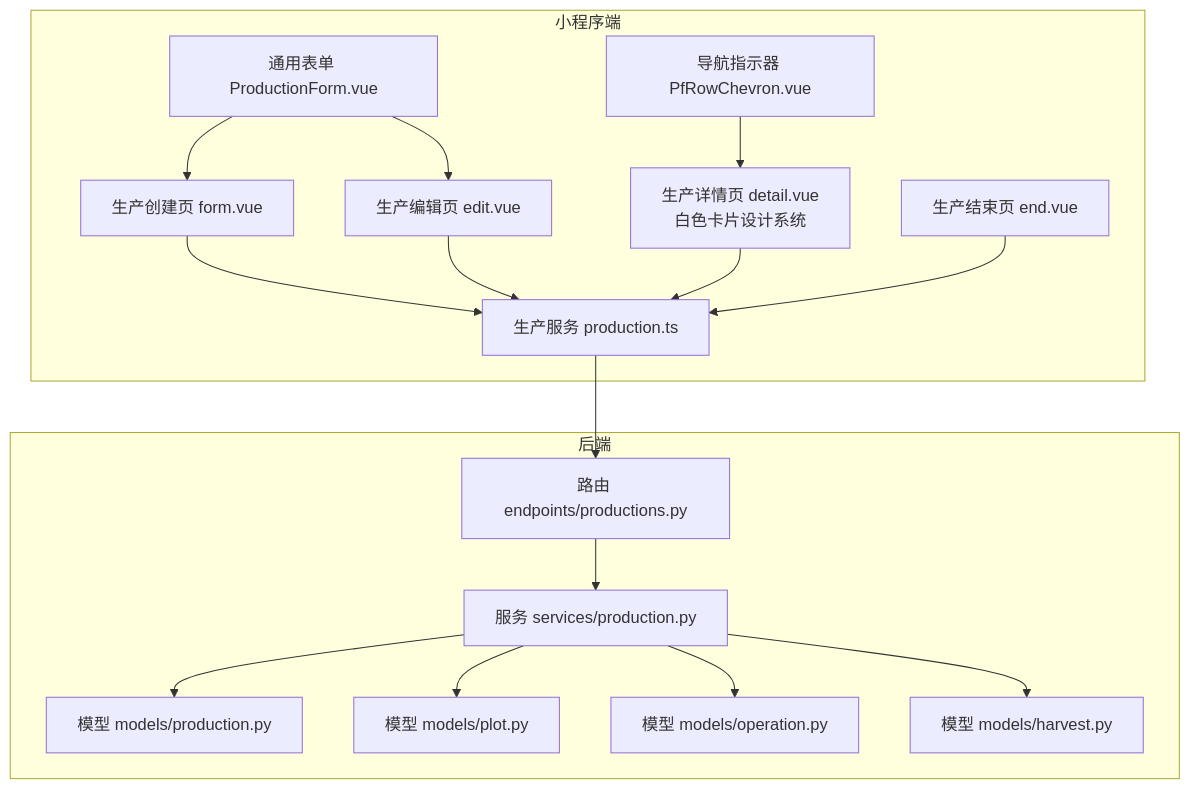
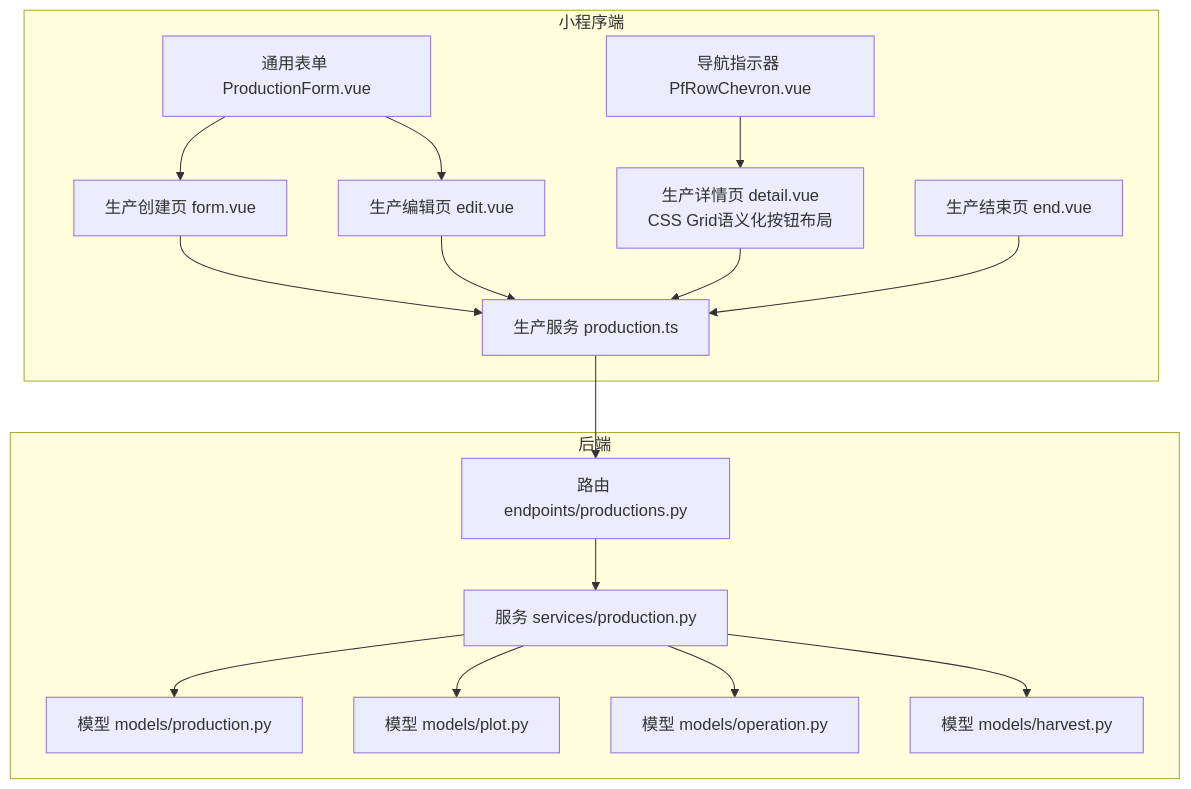
One commit to wungjyan/pocket-farm changed the first of 7 diagrams in .qoder/repowiki/zh/content/前端应用/生产跟踪模块.md. Above: the diagram before and after it, drawn with Mermaid. The commit also changed other lines of this file and 22 other files, not shown here.

````diff
--- a/.qoder/repowiki/zh/content/前端应用/生产跟踪模块.md
+++ b/.qoder/repowiki/zh/content/前端应用/生产跟踪模块.md
@@ -56,33 +57,33 @@
 ```mermaid
 graph TB
 subgraph "小程序端"
 P_form["生产创建页 form.vue"]
-P_detail["生产详情页 detail.vue<br/>白色卡片设计系统"]
+P_detail["生产详情页 detail.vue<br/>CSS Grid语义化按钮布局"]
 P_edit["生产编辑页 edit.vue"]
 P_end["生产结束页 end.vue"]
 C_form["通用表单 ProductionForm.vue"]
 C_chevron["导航指示器 PfRowChevron.vue"]
 S_prod["生产服务 production.ts"]
 end
 subgraph "后端"
 E_productions["路由 endpoints/productions.py"]
 Svc_prod["服务 services/production.py"]
 M_prod["模型 models/production.py"]
 M_plot["模型 models/plot.py"]
 M_op["模型 models/operation.py"]
 M_harv["模型 models/harvest.py"]
 end
 P_form --> S_prod
 P_detail --> S_prod
 P_edit --> S_prod
 P_end --> S_prod
 C_form --> P_form
 C_form --> P_edit
 C_chevron --> P_detail
 S_prod --> E_productions
 E_productions --> Svc_prod
 Svc_prod --> M_prod
 Svc_prod --> M_plot
 Svc_prod --> M_op
 Svc_prod --> M_harv
 ```
````
